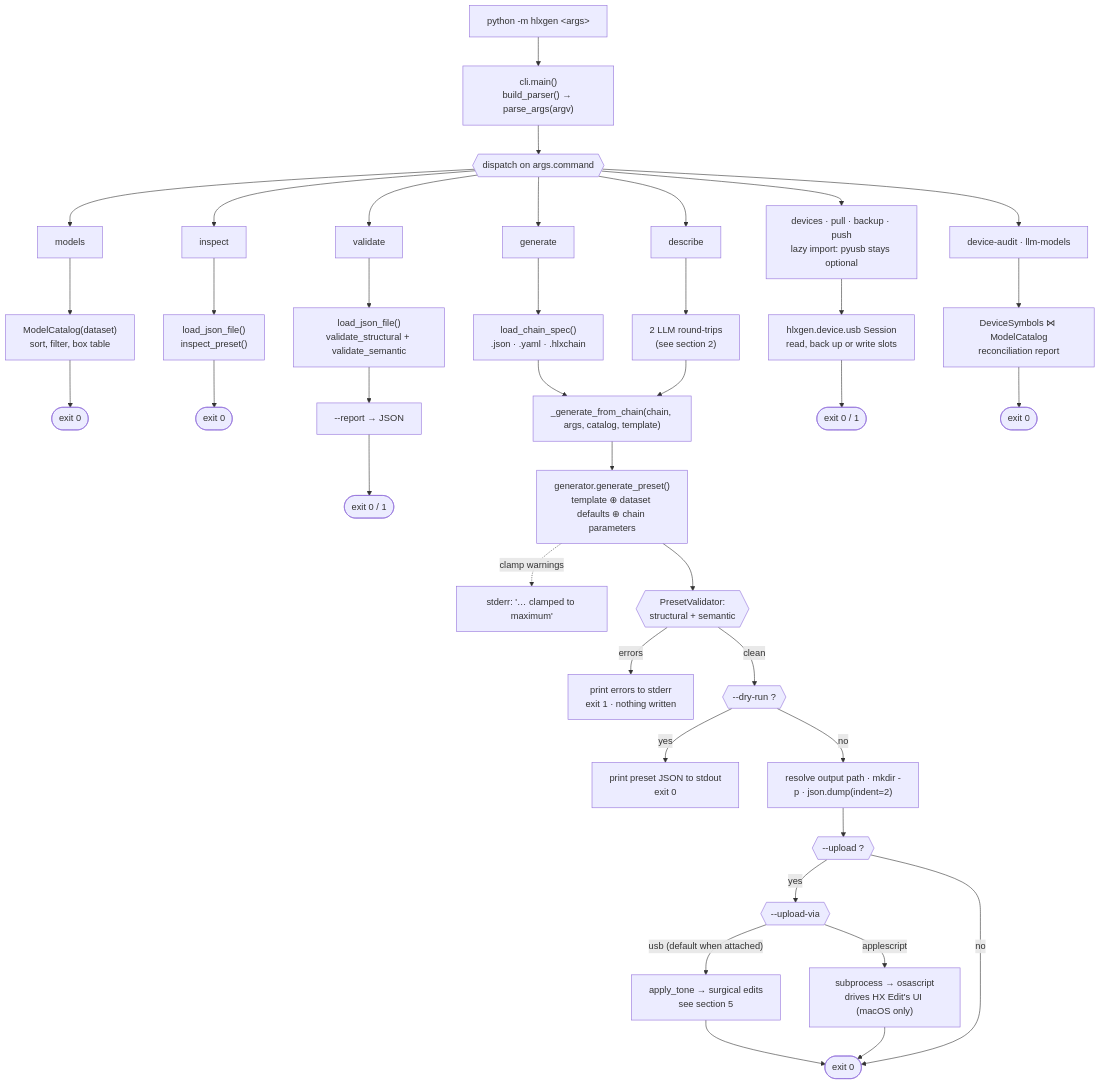
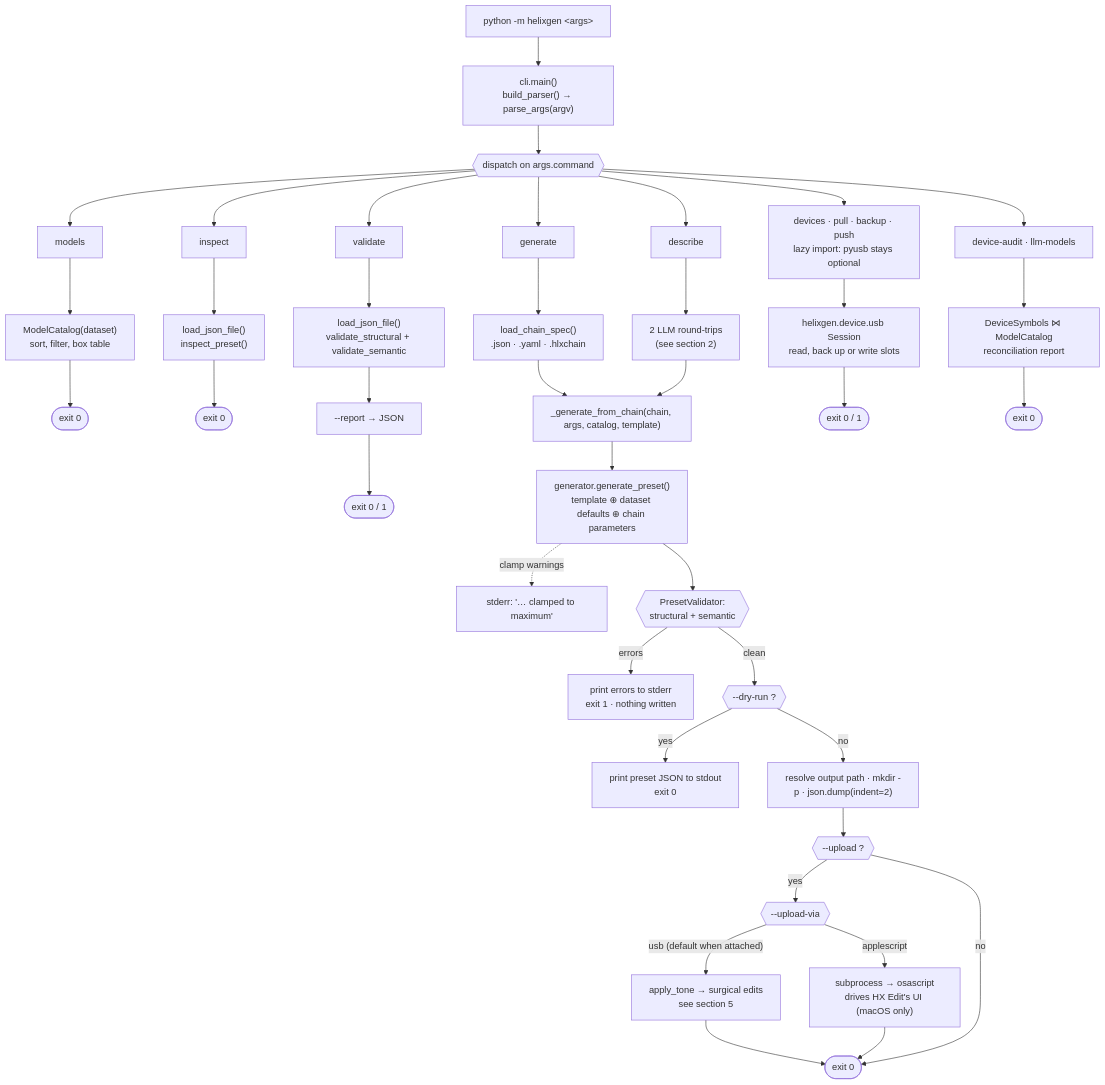
The first of 5 diagrams in docs/application_flow.md (ORogers/HelixGen), drawn with Mermaid before and after one commit. The commit also changed other lines of this file and 126 other files, not shown here.

````diff
--- a/docs/application_flow.md
+++ b/docs/application_flow.md
@@ -48,37 +48,37 @@
 ```mermaid
 flowchart TD
-    entry["python -m hlxgen &lt;args&gt;"] --> parse["cli.main()<br>build_parser() → parse_args(argv)"]
+    entry["python -m helixgen &lt;args&gt;"] --> parse["cli.main()<br>build_parser() → parse_args(argv)"]
     parse --> disp{{"dispatch on args.command"}}
 
     disp --> models["models"]
     disp --> inspect["inspect"]
     disp --> validate["validate"]
     disp --> generate["generate"]
     disp --> describe["describe"]
     disp --> devcmds["devices · pull · backup · push<br>lazy import: pyusb stays optional"]
     disp --> audit["device-audit · llm-models"]
 
     models --> m1["ModelCatalog(dataset)<br>sort, filter, box table"] --> mx(["exit 0"])
     inspect --> i1["load_json_file()<br>inspect_preset()"] --> ix(["exit 0"])
     validate --> v1["load_json_file()<br>validate_structural + validate_semantic"] --> v2["--report → JSON"] --> vx(["exit 0 / 1"])
 
     generate --> g1["load_chain_spec()<br>.json · .yaml · .hlxchain"] --> spine
     describe --> d1["2 LLM round-trips<br>(see section 2)"] --> spine
 
     spine["_generate_from_chain(chain, args, catalog, template)"]
     spine --> gp["generator.generate_preset()<br>template ⊕ dataset defaults ⊕ chain parameters"]
     gp -. clamp warnings .-> warn["stderr: '… clamped to maximum'"]
     gp --> gate{{"PresetValidator:<br>structural + semantic"}}
     gate -- errors --> err["print errors to stderr<br>exit 1 · nothing written"]
     gate -- clean --> dry{{"--dry-run ?"}}
     dry -- yes --> dryout["print preset JSON to stdout<br>exit 0"]
     dry -- no --> write["resolve output path · mkdir -p · json.dump(indent=2)"]
     write --> up{{"--upload ?"}}
     up -- yes --> tr{{"--upload-via"}}
     tr -- "usb (default when attached)" --> usbw["apply_tone → surgical edits<br>see section 5"] --> ok(["exit 0"])
     tr -- "applescript" --> osa["subprocess → osascript<br>drives HX Edit's UI (macOS only)"] --> ok
     up -- no --> ok
 
-    devcmds --> dev1["hlxgen.device.usb Session<br>read, back up or write slots"] --> devx(["exit 0 / 1"])
+    devcmds --> dev1["helixgen.device.usb Session<br>read, back up or write slots"] --> devx(["exit 0 / 1"])
     audit --> a1["DeviceSymbols ⋈ ModelCatalog<br>reconciliation report"] --> ax(["exit 0"])
 ```
````
